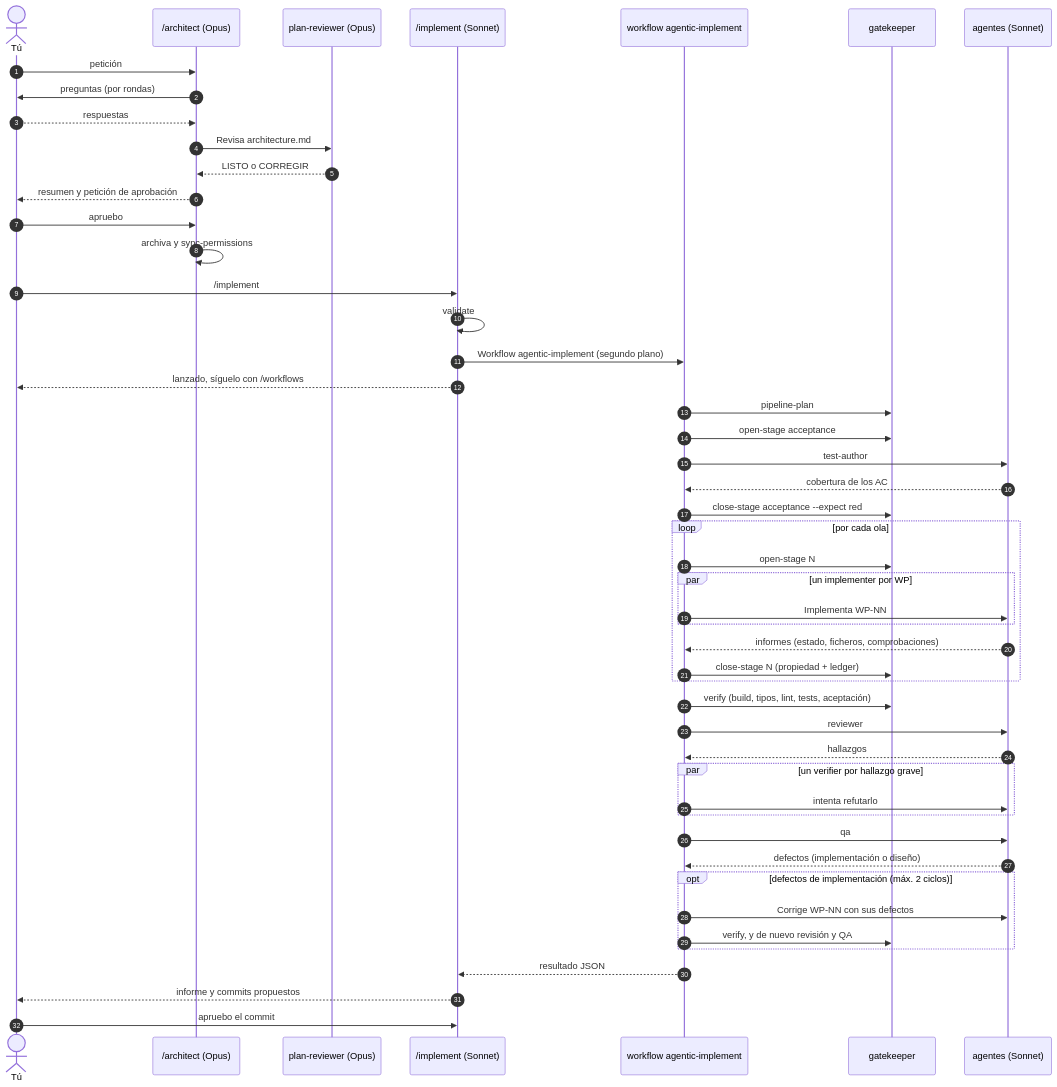
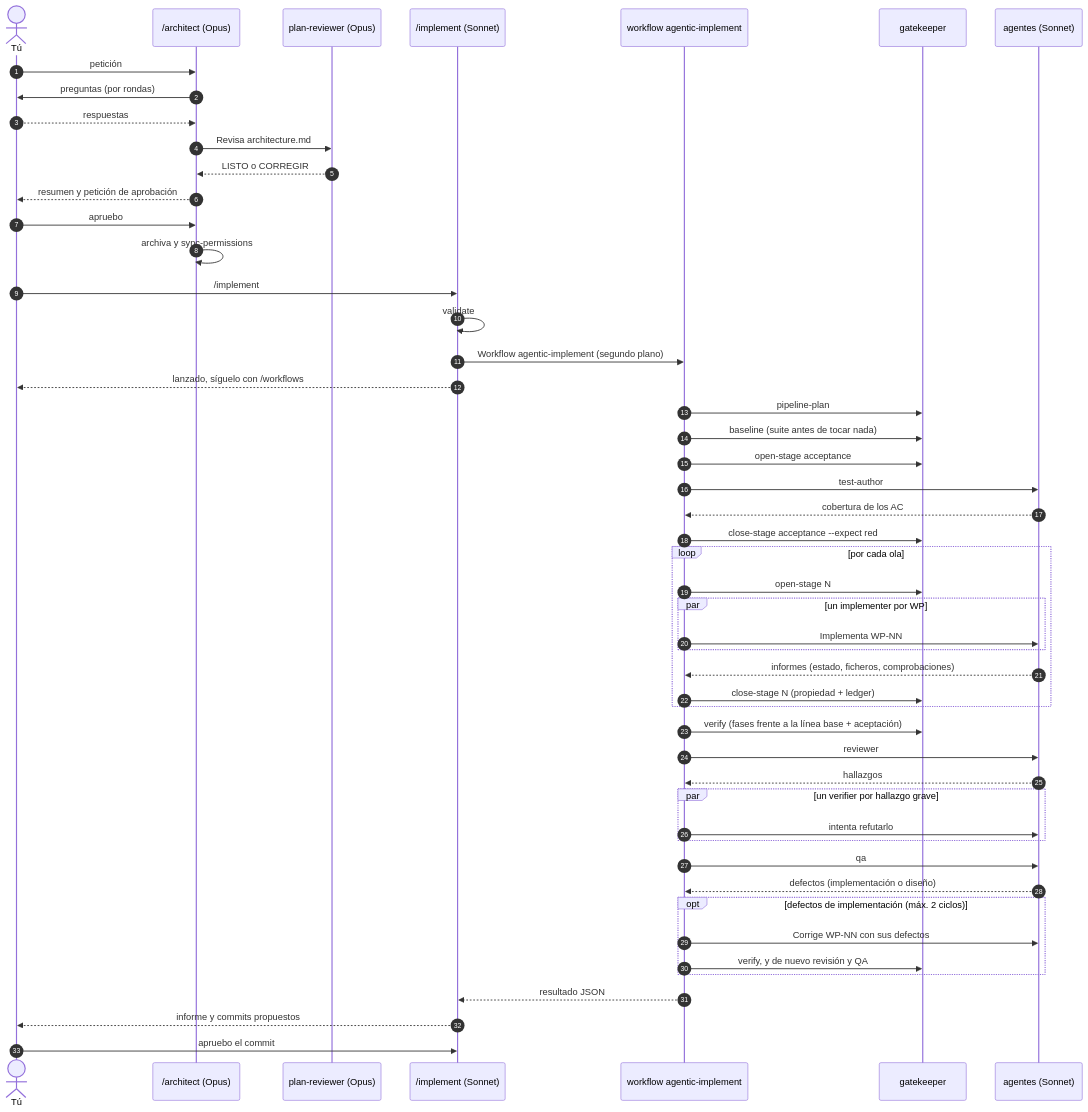
Before and after one commit to jagosar/agentic-flow: the second of 5 diagrams in docs/how-it-works.md, drawn with Mermaid. The commit also changed other lines of this file and 9 other files, not shown here.

````diff
--- a/docs/how-it-works.md
+++ b/docs/how-it-works.md
@@ -69,53 +70,54 @@
 ```mermaid
 sequenceDiagram
     autonumber
     actor U as Tú
     participant AR as /architect (Opus)
     participant PR as plan-reviewer (Opus)
     participant O as /implement (Sonnet)
     participant W as workflow agentic-implement
     participant G as gatekeeper
     participant AG as agentes (Sonnet)
 
     U->>AR: petición
     AR->>U: preguntas (por rondas)
     U-->>AR: respuestas
     AR->>PR: Revisa architecture.md
     PR-->>AR: LISTO o CORREGIR
     AR-->>U: resumen y petición de aprobación
     U->>AR: apruebo
     AR->>AR: archiva y sync-permissions
 
     U->>O: /implement
     O->>O: validate
     O->>W: Workflow agentic-implement (segundo plano)
     O-->>U: lanzado, síguelo con /workflows
     W->>G: pipeline-plan
+    W->>G: baseline (suite antes de tocar nada)
     W->>G: open-stage acceptance
     W->>AG: test-author
     AG-->>W: cobertura de los AC
     W->>G: close-stage acceptance --expect red
     loop por cada ola
         W->>G: open-stage N
         par un implementer por WP
             W->>AG: Implementa WP-NN
         end
         AG-->>W: informes (estado, ficheros, comprobaciones)
         W->>G: close-stage N (propiedad + ledger)
     end
-    W->>G: verify (build, tipos, lint, tests, aceptación)
+    W->>G: verify (fases frente a la línea base + aceptación)
     W->>AG: reviewer
     AG-->>W: hallazgos
     par un verifier por hallazgo grave
         W->>AG: intenta refutarlo
     end
     W->>AG: qa
     AG-->>W: defectos (implementación o diseño)
     opt defectos de implementación (máx. 2 ciclos)
         W->>AG: Corrige WP-NN con sus defectos
         W->>G: verify, y de nuevo revisión y QA
     end
     W-->>O: resultado JSON
     O-->>U: informe y commits propuestos
     U->>O: apruebo el commit
 ```
````
